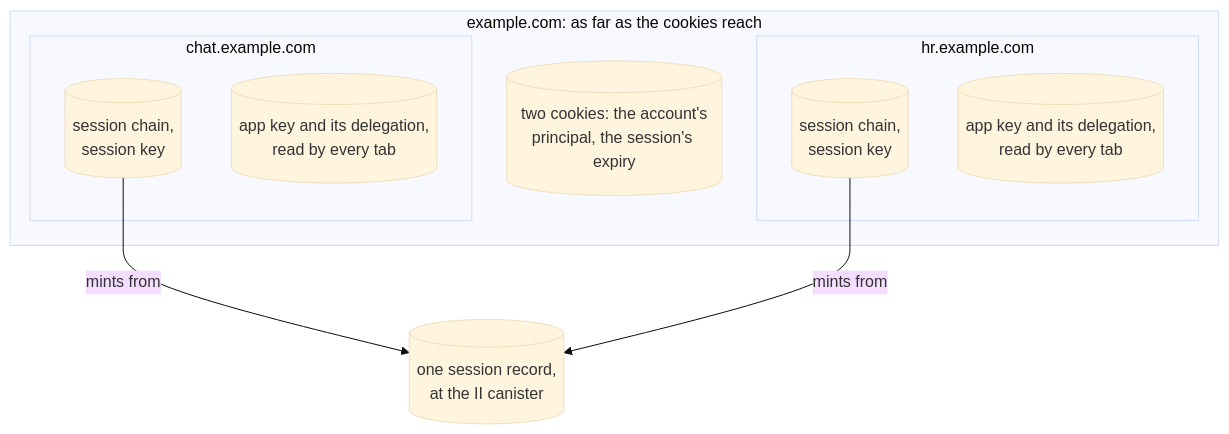
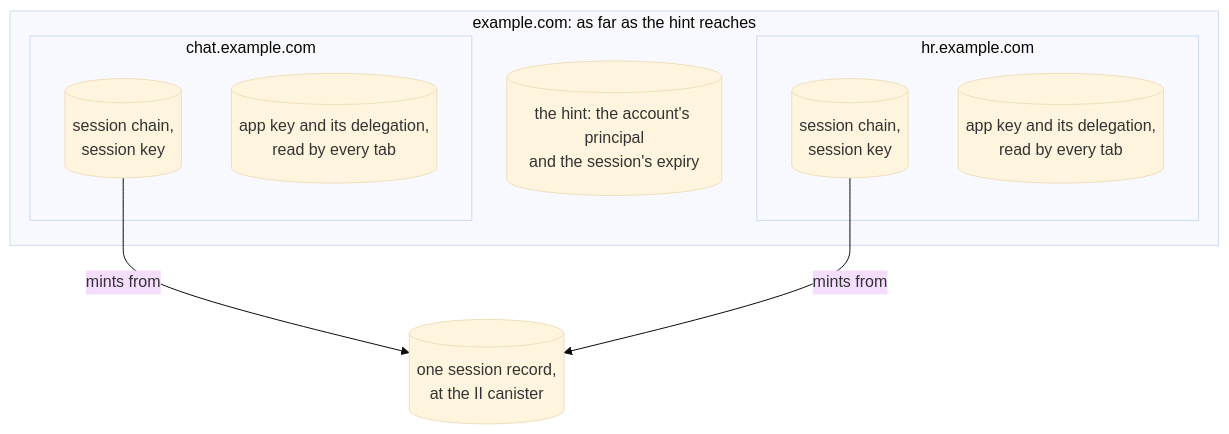
One commit to dfinity/internet-identity changed the second of 5 diagrams in docs/ongoing/client-app-sessions.md. Above: the diagram before and after it, drawn with Mermaid (base theme). The commit also changed other lines of this file and 1 other file, not shown here.

First line of the commit message:
docs: one hint, held by its own leaf

````diff
--- a/docs/ongoing/client-app-sessions.md
+++ b/docs/ongoing/client-app-sessions.md
@@ -170,17 +170,17 @@
 ```mermaid
 flowchart TB
-    subgraph D["example.com: as far as the cookies reach"]
-        H[("two cookies: the account's<br/>principal, the session's expiry")]
+    subgraph D["example.com: as far as the hint reaches"]
+        H[("the hint: the account's principal<br/>and the session's expiry")]
         subgraph O1["chat.example.com"]
             L1[("session chain,<br/>session key")]
             B1[("app key and its delegation,<br/>read by every tab")]
         end
         subgraph O2["hr.example.com"]
             L2[("session chain,<br/>session key")]
             B2[("app key and its delegation,<br/>read by every tab")]
         end
     end
     L1 -->|mints from| S
     L2 -->|mints from| S
     S[("one session record,<br/>at the II canister")]
 ```
````
